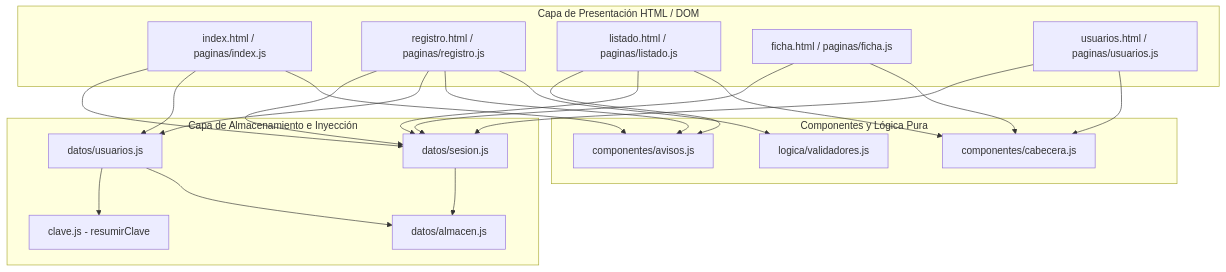
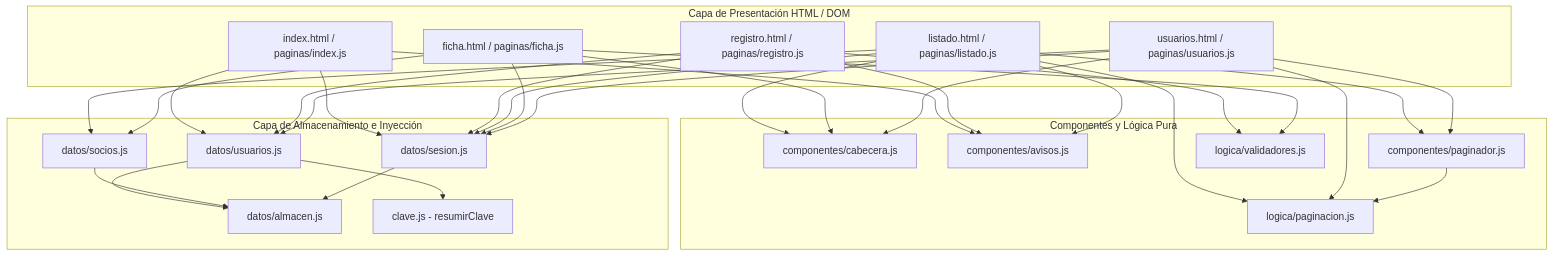
Before and after one commit to fpftoro-docencia/dwec-2dawt-2627-proyectodomeval-coru-net: the diagram in README.md, drawn with Mermaid. The commit also changed other lines of this file and 13 other files, not shown here.

````diff
--- a/README.md
+++ b/README.md
@@ -46,42 +46,55 @@
 ```mermaid
 flowchart TD
     subgraph CapaPresentacion [Capa de Presentación HTML / DOM]
         Index[index.html / paginas/index.js]
         Registro[registro.html / paginas/registro.js]
         Listado[listado.html / paginas/listado.js]
         Ficha[ficha.html / paginas/ficha.js]
         Usuarios[usuarios.html / paginas/usuarios.js]
     end
 
     subgraph ComponentesComunes [Componentes y Lógica Pura]
         Cabecera[componentes/cabecera.js]
         Avisos[componentes/avisos.js]
+        Paginador[componentes/paginador.js]
         Validadores[logica/validadores.js]
+        Paginacion[logica/paginacion.js]
     end
 
     subgraph CapaDatos [Capa de Almacenamiento e Inyección]
         Sesion[datos/sesion.js]
         DatosUsuarios[datos/usuarios.js]
+        DatosSocios[datos/socios.js]
         Almacen[datos/almacen.js]
         Clave[clave.js - resumirClave]
     end
 
     Index --> Avisos
     Index --> DatosUsuarios
     Index --> Sesion
     Registro --> Validadores
     Registro --> Avisos
     Registro --> DatosUsuarios
     Registro --> Sesion
     Listado --> Cabecera
     Listado --> Sesion
     Listado --> Avisos
+    Listado --> DatosSocios
+    Listado --> Paginacion
+    Listado --> Paginador
     Ficha --> Cabecera
     Ficha --> Sesion
+    Ficha --> DatosSocios
+    Ficha --> Validadores
     Usuarios --> Cabecera
     Usuarios --> Sesion
+    Usuarios --> DatosUsuarios
+    Usuarios --> Paginacion
+    Usuarios --> Paginador
 
+    Paginador --> Paginacion
     DatosUsuarios --> Almacen
     DatosUsuarios --> Clave
+    DatosSocios --> Almacen
     Sesion --> Almacen
 ```
````
